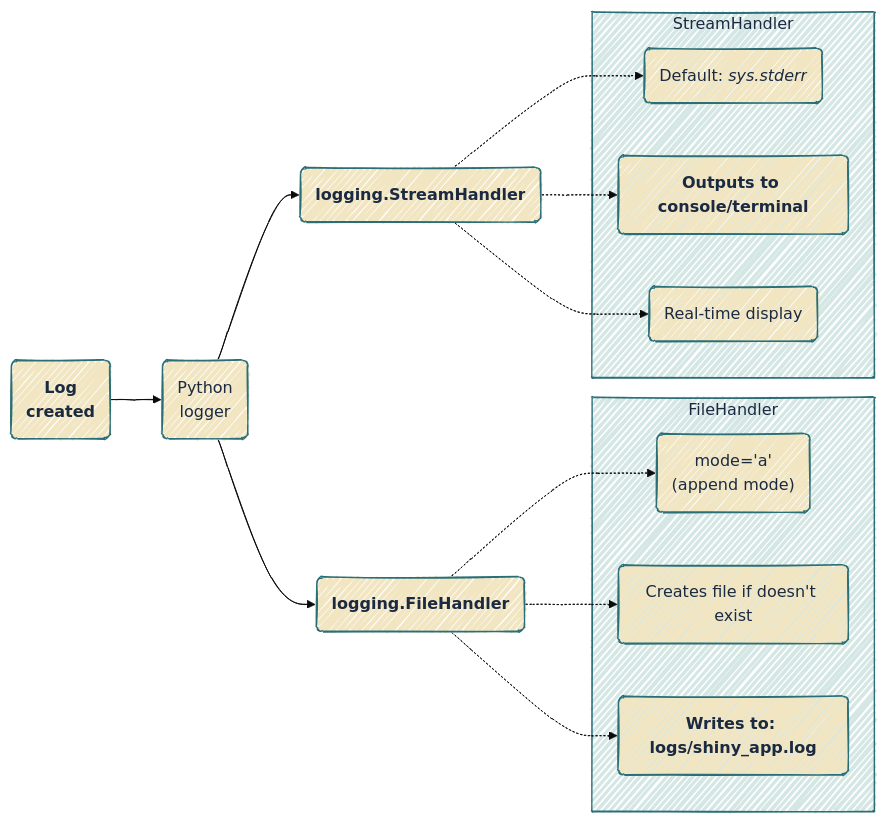
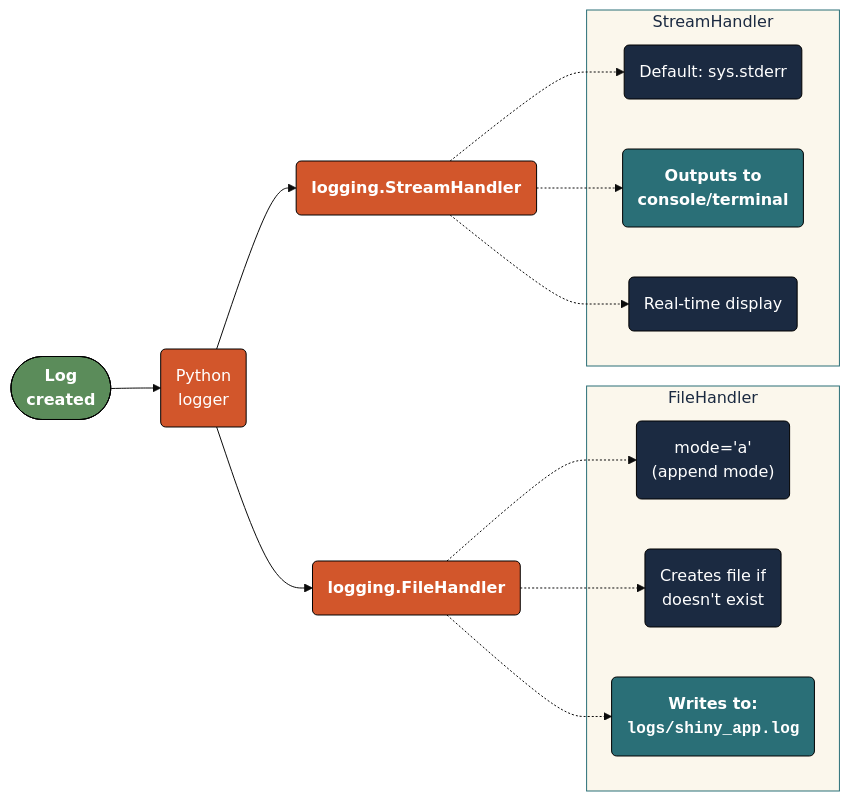
Before and after one commit to mjfrigaard/do4ds-labs: the second of 15 diagrams in app-log-py.qmd, drawn with Mermaid. The commit also changed other lines of this file and 48 other files, not shown here.

````diff
--- a/app-log-py.qmd
+++ b/app-log-py.qmd
@@ -142,32 +137,41 @@
 ```{mermaid}
 %%| fig-cap: 'Python logging'
-%%| fig-width: 7.0
-%%| fig-align: center
-%%{init: {'theme': 'base', 'look': 'handDrawn', 'themeVariables': {'fontFamily': 'monospace'}}}%%
+%%| fig-align: 'center'
+%%| fig-width: 6.5
+%%{init: {'theme': 'base', 'themeVariables': {'fontFamily': 'monospace'}}}%%
 
 graph LR
-    LogMessage("<strong>Log<br>created</strong>") --> Logger("Python<br>logger")
+    LogMessage(["<strong>Log<br>created</strong>"]) --> Logger("Python<br>logger")
     Logger --> FileHandler("<strong>logging.FileHandler</strong>")
     Logger --> ConsoleHandler("<strong>logging.StreamHandler</strong>")
-    
+
     subgraph FH["FileHandler"]
         FH1("mode='a'<br>(append mode)")
-        FH2("Creates file if doesn't exist")
-        FH3("<strong>Writes to: logs/shiny_app.log</strong>")
+        FH2("Creates file if<br>doesn't exist")
+        FH3("<strong>Writes to:<br><code>logs/shiny_app.log</code></strong>")
     end
 
     FileHandler -.-> FH1 & FH2 & FH3
-    
+
     subgraph SH["StreamHandler"]
-        SH1("Default: <em>sys.stderr</em>")
-        SH2("<strong>Outputs to console/terminal</strong>")
+        SH1("Default: sys.stderr")
+        SH2("<strong>Outputs to<br>console/terminal</strong>")
         SH3("Real-time display")
     end
 
     ConsoleHandler -.-> SH1 & SH2 & SH3
-    classDef default fill:#F2E6C2,stroke:#2A6F77,color:#1B2A41
-    style FH fill:#d4e7e4,stroke:#2A6F77,color:#1B2A41
-    style SH fill:#d4e7e4,stroke:#2A6F77,color:#1B2A41
-
+    
+    style LogMessage fill:#5B8C5A,stroke:#000000,stroke-width:1px,color:#ffffff
+    style Logger fill:#D2562B,stroke:#000000,stroke-width:1px,color:#ffffff
+    style FileHandler fill:#D2562B,stroke:#000000,stroke-width:1px,color:#ffffff
+    style ConsoleHandler fill:#D2562B,stroke:#000000,stroke-width:1px,color:#ffffff
+    style FH1 fill:#1B2A41,stroke:#000000,stroke-width:1px,color:#ffffff
+    style FH2 fill:#1B2A41,stroke:#000000,stroke-width:1px,color:#ffffff
+    style FH3 fill:#2A6F77,stroke:#000000,stroke-width:1px,color:#ffffff
+    style SH1 fill:#1B2A41,stroke:#000000,stroke-width:1px,color:#ffffff
+    style SH2 fill:#2A6F77,stroke:#000000,stroke-width:1px,color:#ffffff
+    style SH3 fill:#1B2A41,stroke:#000000,stroke-width:1px,color:#ffffff
+    style FH fill:#fbf7ec,stroke:#2A6F77,color:#1B2A41
+    style SH fill:#fbf7ec,stroke:#2A6F77,color:#1B2A41
     
 ```
````
